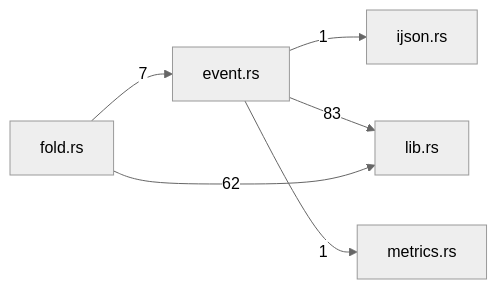
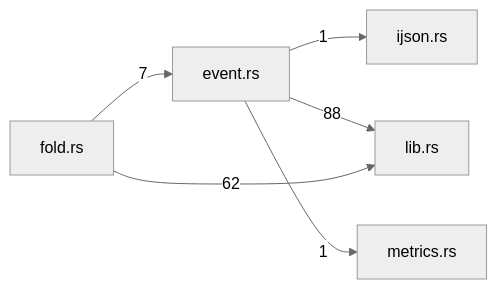
Before and after one commit to TekesApps/TekesKernel: the diagram in crates/schema/docs/generated/index.md, drawn with Mermaid (neutral theme). The commit also changed other lines of this file and 84 other files, not shown here.

````diff
--- a/crates/schema/docs/generated/index.md
+++ b/crates/schema/docs/generated/index.md
@@ -54,13 +54,13 @@
 ```mermaid
 flowchart LR
   m0["event.rs"]
   m1["fold.rs"]
   m2["ijson.rs"]
   m3["lib.rs"]
   m4["metrics.rs"]
   m0 -->|"1"| m2
-  m0 -->|"83"| m3
+  m0 -->|"88"| m3
   m0 -->|"1"| m4
   m1 -->|"7"| m0
   m1 -->|"62"| m3
 ```
````
